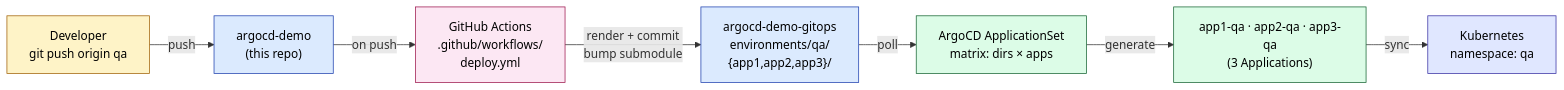
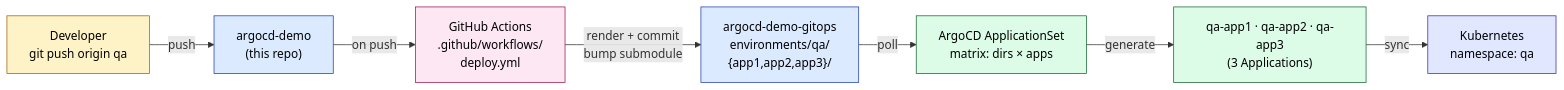
One commit to erchetansoni/argocd-demo changed the first of 2 diagrams in README.md. Above: the diagram before and after it, drawn with Mermaid. The commit also changed other lines of this file and 3 other files, not shown here.

````diff
--- a/README.md
+++ b/README.md
@@ -11,23 +11,23 @@
 ```mermaid
 flowchart LR
     Dev["Developer<br/>git push origin qa"]:::user
     SrcRepo["argocd-demo<br/>(this repo)"]:::repo
     CI["GitHub Actions<br/>.github/workflows/<br/>deploy.yml"]:::ci
     GitOps["argocd-demo-gitops<br/>environments/qa/<br/>{app1,app2,app3}/"]:::repo
     AppSet["ArgoCD ApplicationSet<br/>matrix: dirs × apps"]:::argo
-    Apps["app1-qa · app2-qa · app3-qa<br/>(3 Applications)"]:::argo
+    Apps["qa-app1 · qa-app2 · qa-app3<br/>(3 Applications)"]:::argo
     K8s["Kubernetes<br/>namespace: qa"]:::k8s
 
     Dev -->|push| SrcRepo
     SrcRepo -->|on push| CI
     CI -->|render + commit<br/>bump submodule| GitOps
     GitOps -->|poll| AppSet
     AppSet -->|generate| Apps
     Apps -->|sync| K8s
 
     classDef user fill:#fef3c7,stroke:#a16207,color:#000
     classDef repo fill:#dbeafe,stroke:#1e40af,color:#000
     classDef ci fill:#fce7f3,stroke:#9d174d,color:#000
     classDef argo fill:#dcfce7,stroke:#166534,color:#000
     classDef k8s fill:#e0e7ff,stroke:#3730a3,color:#000
 ```
````
